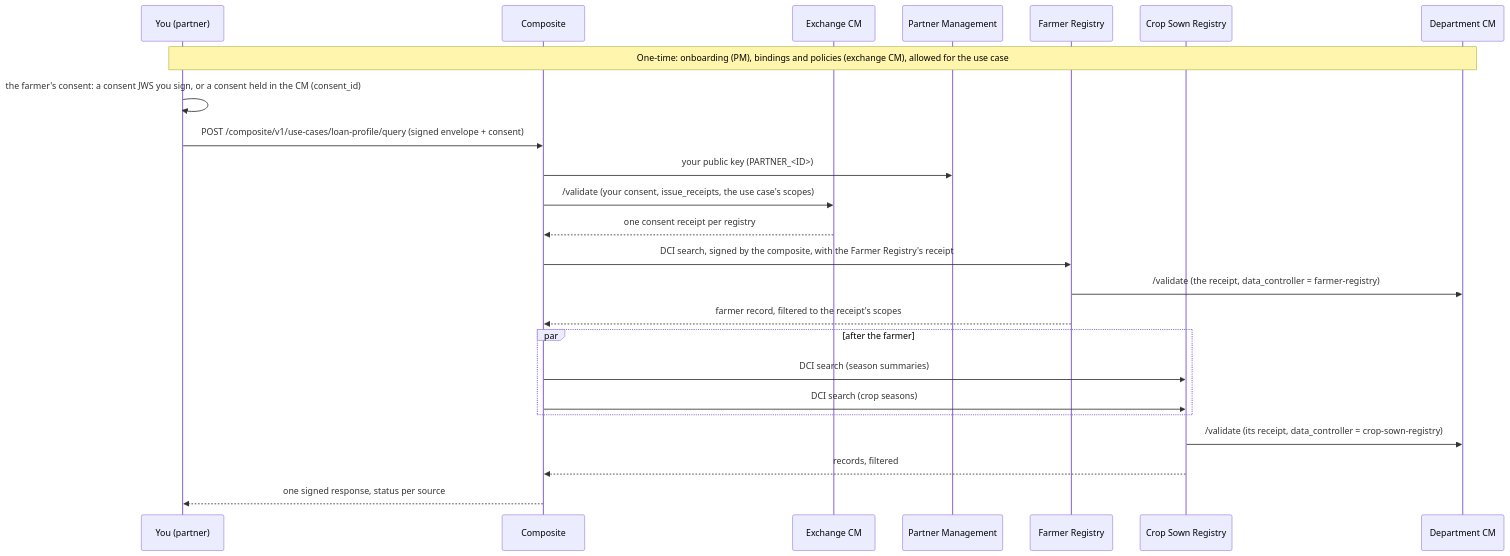
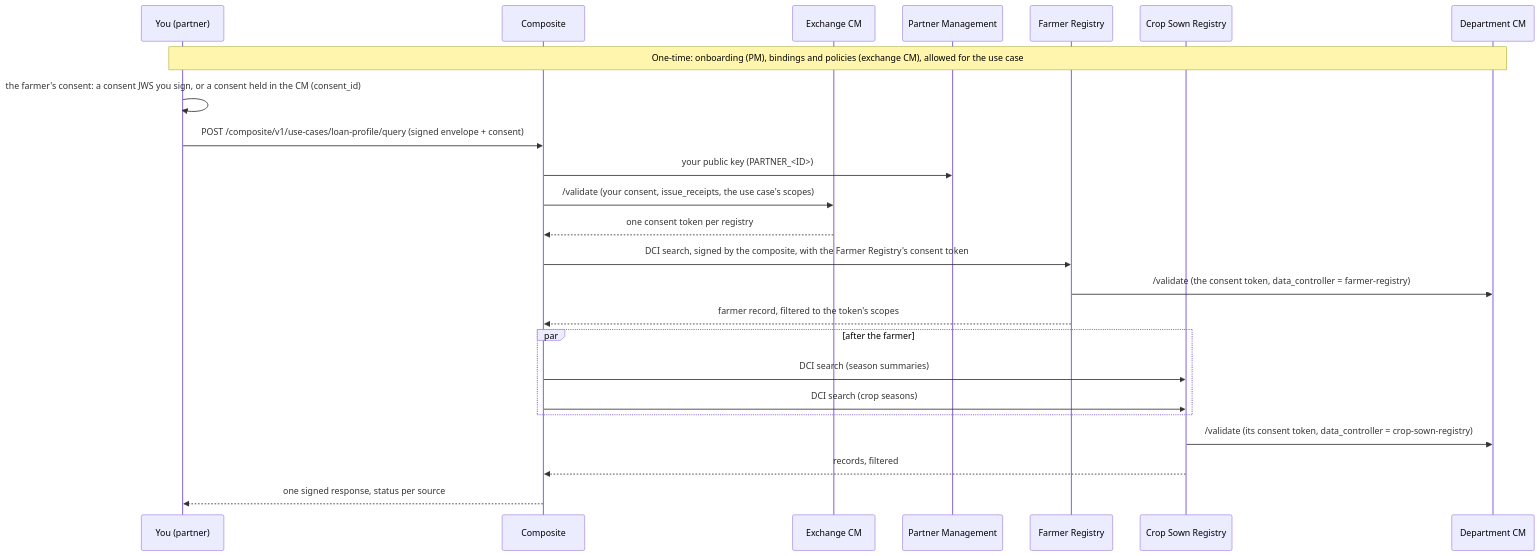
One commit to OpenG2P/openg2p-documentation changed the diagram in open-agri-stack/guides/partner-guide.md. Above: the diagram before and after it, drawn with Mermaid. The commit also changed other lines of this file and 34 other files, not shown here.

````diff
--- a/open-agri-stack/guides/partner-guide.md
+++ b/open-agri-stack/guides/partner-guide.md
@@ -21,26 +21,26 @@
 ```mermaid
 sequenceDiagram
   participant P as You (partner)
   participant C as Composite
   participant XCM as Exchange CM
   participant PM as Partner Management
   participant FR as Farmer Registry
   participant CSR as Crop Sown Registry
   participant DCM as Department CM
   Note over P,DCM: One-time: onboarding (PM), bindings and policies (exchange CM), allowed for the use case
   P->>P: the farmer's consent: a consent JWS you sign, or a consent held in the CM (consent_id)
   P->>C: POST /composite/v1/use-cases/loan-profile/query (signed envelope + consent)
   C->>PM: your public key (PARTNER_<ID>)
   C->>XCM: /validate (your consent, issue_receipts, the use case's scopes)
-  XCM-->>C: one consent receipt per registry
-  C->>FR: DCI search, signed by the composite, with the Farmer Registry's receipt
-  FR->>DCM: /validate (the receipt, data_controller = farmer-registry)
-  FR-->>C: farmer record, filtered to the receipt's scopes
+  XCM-->>C: one consent token per registry
+  C->>FR: DCI search, signed by the composite, with the Farmer Registry's consent token
+  FR->>DCM: /validate (the consent token, data_controller = farmer-registry)
+  FR-->>C: farmer record, filtered to the token's scopes
   par after the farmer
     C->>CSR: DCI search (season summaries)
     C->>CSR: DCI search (crop seasons)
   end
-  CSR->>DCM: /validate (its receipt, data_controller = crop-sown-registry)
+  CSR->>DCM: /validate (its consent token, data_controller = crop-sown-registry)
   CSR-->>C: records, filtered
   C-->>P: one signed response, status per source
 ```
````
